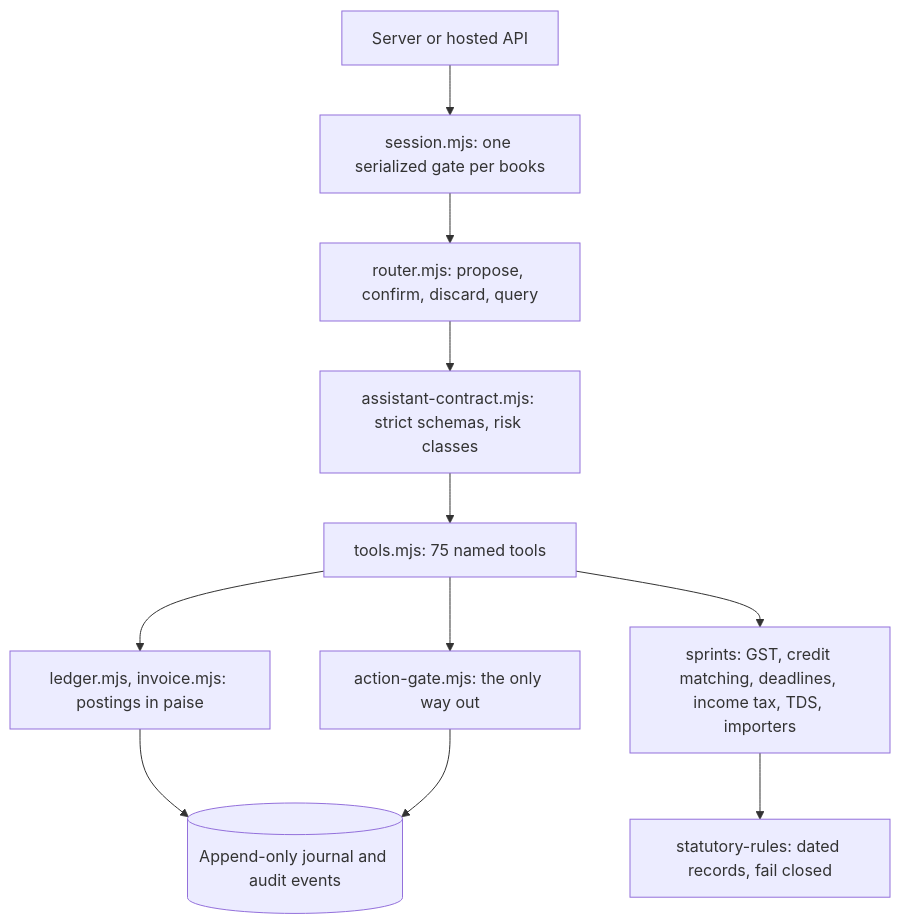
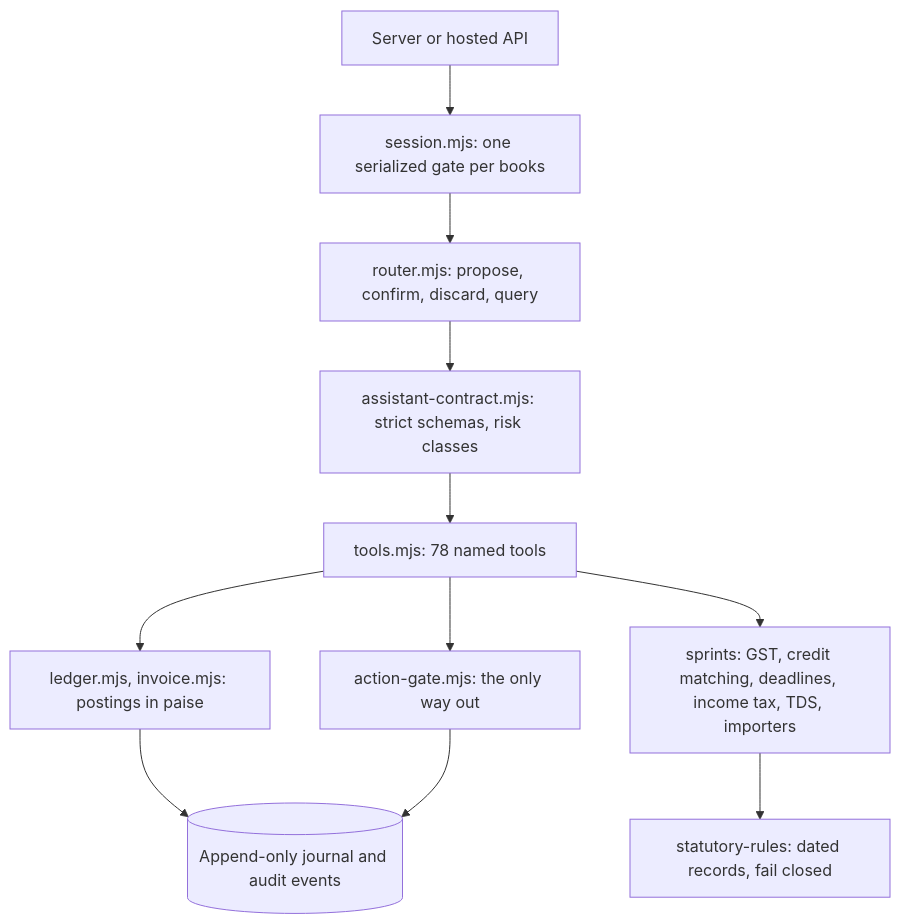
The second of 3 diagrams in docs/architecture/ARCHITECTURE.md (Vidyuthlabstechnologies/myca), drawn with Mermaid before and after one commit. The commit also changed other lines of this file and 20 other files, not shown here.

````diff
--- a/docs/architecture/ARCHITECTURE.md
+++ b/docs/architecture/ARCHITECTURE.md
@@ -56,13 +56,13 @@
 ```mermaid
 flowchart TD
   caller[Server or hosted API] --> session[session.mjs: one serialized gate per books]
   session --> router[router.mjs: propose, confirm, discard, query]
   router --> contract[assistant-contract.mjs: strict schemas, risk classes]
-  contract --> tools[tools.mjs: 75 named tools]
+  contract --> tools[tools.mjs: 78 named tools]
   tools --> ledger[ledger.mjs, invoice.mjs: postings in paise]
   tools --> engines[sprints: GST, credit matching, deadlines, income tax, TDS, importers]
   tools --> gate[action-gate.mjs: the only way out]
   engines --> rules[statutory-rules: dated records, fail closed]
   ledger --> journal[(Append-only journal and audit events)]
   gate --> journal
 ```
````
